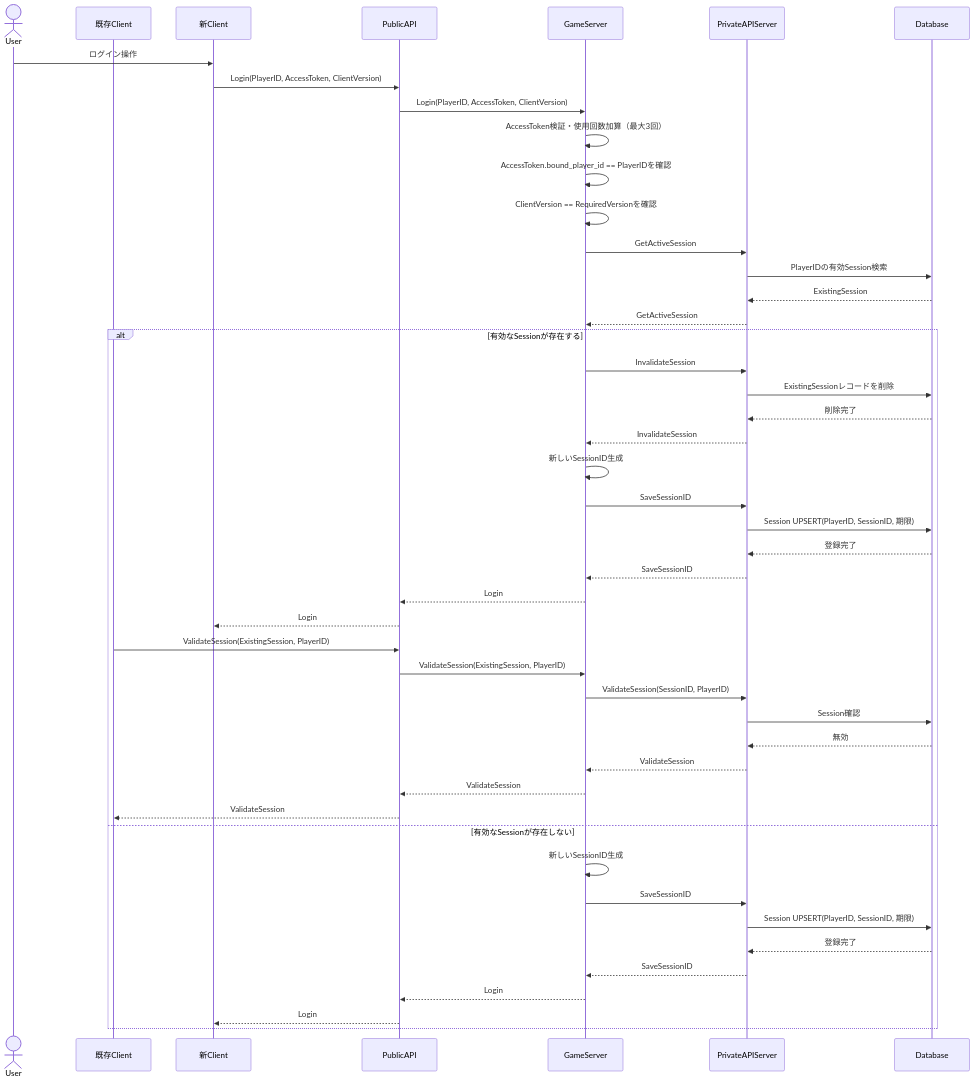
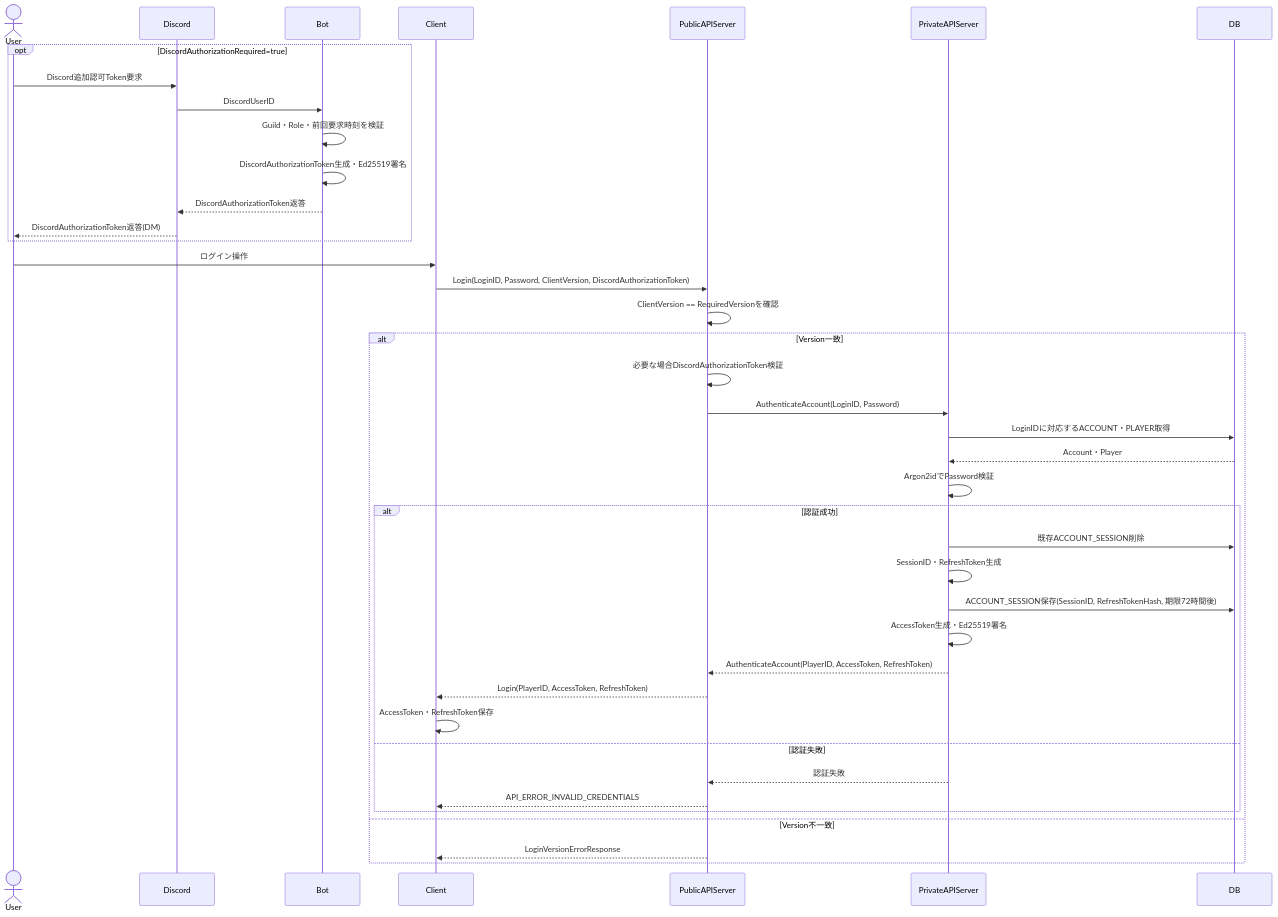
One commit to ReHydrangeaOdyssey/Specifications changed the second of 4 diagrams in design/session.md. Above: the diagram before and after it, drawn with Mermaid. The commit also changed other lines of this file and 18 other files, not shown here.

````diff
--- a/design/session.md
+++ b/design/session.md
@@ -104,56 +156,46 @@
 ```mermaid
 sequenceDiagram
     actor User
-    participant ClientA as 既存Client
-    participant ClientB as 新Client
-    participant PublicAPI
-    participant GameServer
+    participant Discord
+    participant Bot
+    participant Client
+    participant PublicAPIServer
     participant PrivateAPIServer
-    participant Database
+    participant DB
 
-    User->>ClientB: ログイン操作
-    ClientB->>PublicAPI: Login(PlayerID, AccessToken, ClientVersion)
-    PublicAPI->>GameServer: Login(PlayerID, AccessToken, ClientVersion)
-    GameServer->>GameServer: AccessToken検証・使用回数加算（最大3回）
-    GameServer->>GameServer: AccessToken.bound_player_id == PlayerIDを確認
-    GameServer->>GameServer: ClientVersion == RequiredVersionを確認
+    opt DiscordAuthorizationRequired=true
+        User->>Discord: Discord追加認可Token要求
+        Discord->>Bot: DiscordUserID
+        Bot->>Bot: Guild・Role・前回要求時刻を検証
+        Bot->>Bot: DiscordAuthorizationToken生成・Ed25519署名
+        Bot-->>Discord: DiscordAuthorizationToken返答
+        Discord-->>User: DiscordAuthorizationToken返答(DM)
+    end
 
-    GameServer->>PrivateAPIServer: GetActiveSession
-    PrivateAPIServer->>Database: PlayerIDの有効Session検索
-    Database-->>PrivateAPIServer: ExistingSession
-    PrivateAPIServer-->>GameServer: GetActiveSession
+    User->>Client: ログイン操作
+    Client->>PublicAPIServer: Login(LoginID, Password, ClientVersion, DiscordAuthorizationToken)
+    PublicAPIServer->>PublicAPIServer: ClientVersion == RequiredVersionを確認
 
-    alt 有効なSessionが存在する
-        GameServer->>PrivateAPIServer: InvalidateSession
-        PrivateAPIServer->>Database: ExistingSessionレコードを削除
-        Database-->>PrivateAPIServer: 削除完了
-        PrivateAPIServer-->>GameServer: InvalidateSession
+    alt Version一致
+        PublicAPIServer->>PublicAPIServer: 必要な場合DiscordAuthorizationToken検証
+        PublicAPIServer->>PrivateAPIServer: AuthenticateAccount(LoginID, Password)
+        PrivateAPIServer->>DB: LoginIDに対応するACCOUNT・PLAYER取得
+        DB-->>PrivateAPIServer: Account・Player
+        PrivateAPIServer->>PrivateAPIServer: Argon2idでPassword検証
 
-        GameServer->>GameServer: 新しいSessionID生成
-        GameServer->>PrivateAPIServer: SaveSessionID
-        PrivateAPIServer->>Database: Session UPSERT(PlayerID, SessionID, 期限)
-        Database-->>PrivateAPIServer: 登録完了
-        PrivateAPIServer-->>GameServer: SaveSessionID
-
-        GameServer-->>PublicAPI: Login
-        PublicAPI-->>ClientB: Login
-
-        ClientA->>PublicAPI: ValidateSession(ExistingSession, PlayerID)
-        PublicAPI->>GameServer: ValidateSession(ExistingSession, PlayerID)
-        GameServer->>PrivateAPIServer: ValidateSession(SessionID, PlayerID)
-        PrivateAPIServer->>Database: Session確認
-        Database-->>PrivateAPIServer: 無効
-        PrivateAPIServer-->>GameServer: ValidateSession
-        GameServer-->>PublicAPI: ValidateSession
-        PublicAPI-->>ClientA: ValidateSession
-    else 有効なSessionが存在しない
-        GameServer->>GameServer: 新しいSessionID生成
-        GameServer->>PrivateAPIServer: SaveSessionID
-        PrivateAPIServer->>Database: Session UPSERT(PlayerID, SessionID, 期限)
-        Database-->>PrivateAPIServer: 登録完了
-        PrivateAPIServer-->>GameServer: SaveSessionID
-
-        GameServer-->>PublicAPI: Login
-        PublicAPI-->>ClientB: Login
+        alt 認証成功
+            PrivateAPIServer->>DB: 既存ACCOUNT_SESSION削除
+            PrivateAPIServer->>PrivateAPIServer: SessionID・RefreshToken生成
+            PrivateAPIServer->>DB: ACCOUNT_SESSION保存(SessionID, RefreshTokenHash, 期限72時間後)
+            PrivateAPIServer->>PrivateAPIServer: AccessToken生成・Ed25519署名
+            PrivateAPIServer-->>PublicAPIServer: AuthenticateAccount(PlayerID, AccessToken, RefreshToken)
+            PublicAPIServer-->>Client: Login(PlayerID, AccessToken, RefreshToken)
+            Client->>Client: AccessToken・RefreshToken保存
+        else 認証失敗
+            PrivateAPIServer-->>PublicAPIServer: 認証失敗
+            PublicAPIServer-->>Client: API_ERROR_INVALID_CREDENTIALS
+        end
+    else Version不一致
+        PublicAPIServer-->>Client: LoginVersionErrorResponse
     end
 ```
````
